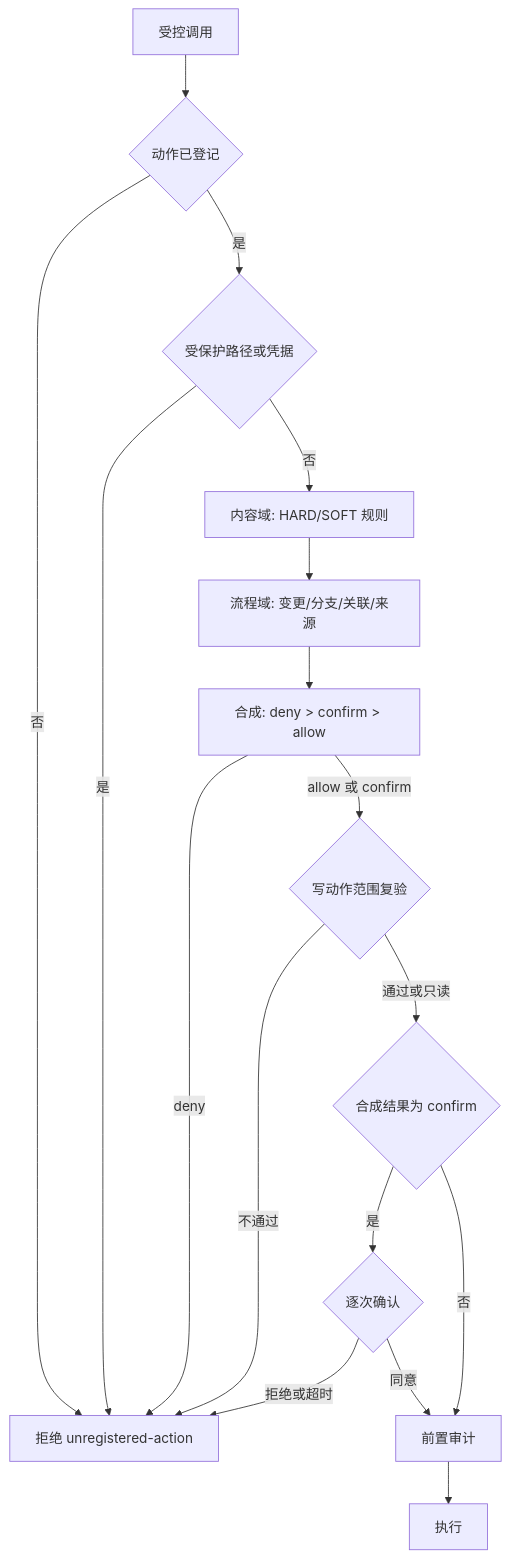
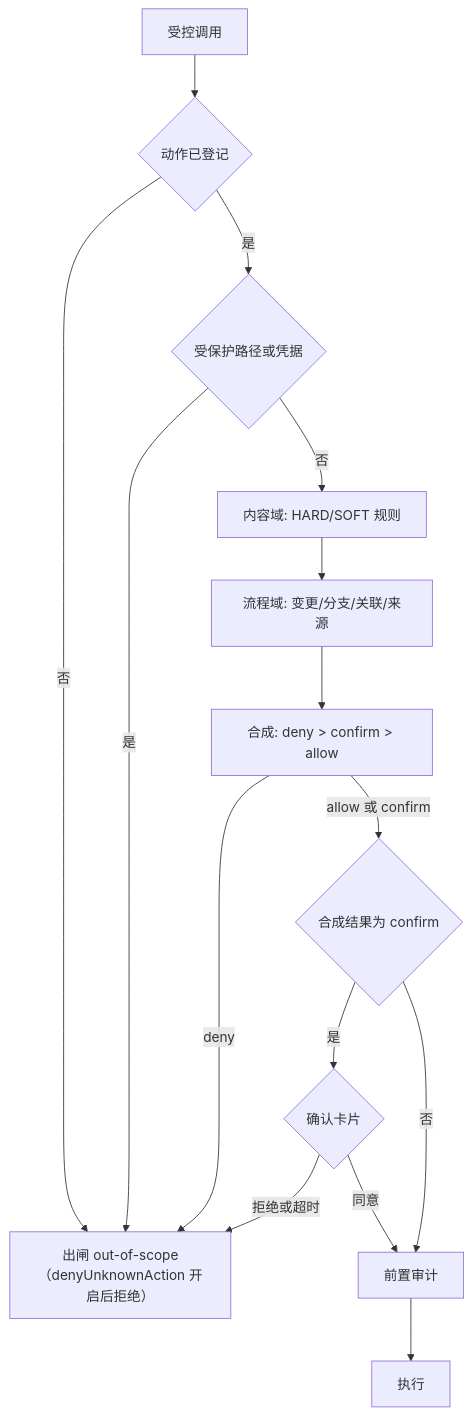
The diagram in docs/design/policy-model.md (hrygo/heluo-forge), drawn with Mermaid before and after one commit. The commit also changed other lines of this file and 23 other files, not shown here.

````diff
--- a/docs/design/policy-model.md
+++ b/docs/design/policy-model.md
@@ -72,19 +72,17 @@
 ```mermaid
 flowchart TD
   A[受控调用] --> B{动作已登记}
-  B -->|否| X[拒绝 unregistered-action]
+  B -->|否| X[出闸 out-of-scope（denyUnknownAction 开启后拒绝）]
   B -->|是| C{受保护路径或凭据}
   C -->|是| X
   C -->|否| D[内容域: HARD/SOFT 规则]
   D --> E[流程域: 变更/分支/关联/来源]
   E --> F[合成: deny > confirm > allow]
   F -->|deny| X
-  F -->|allow 或 confirm| G{写动作范围复验}
-  G -->|不通过| X
-  G -->|通过或只读| J{合成结果为 confirm}
-  J -->|是| K{逐次确认}
+  F -->|allow 或 confirm| J{合成结果为 confirm}
+  J -->|是| K{确认卡片}
   K -->|拒绝或超时| X
   K -->|同意| H[前置审计]
   J -->|否| H
   H --> I[执行]
 ```
````
